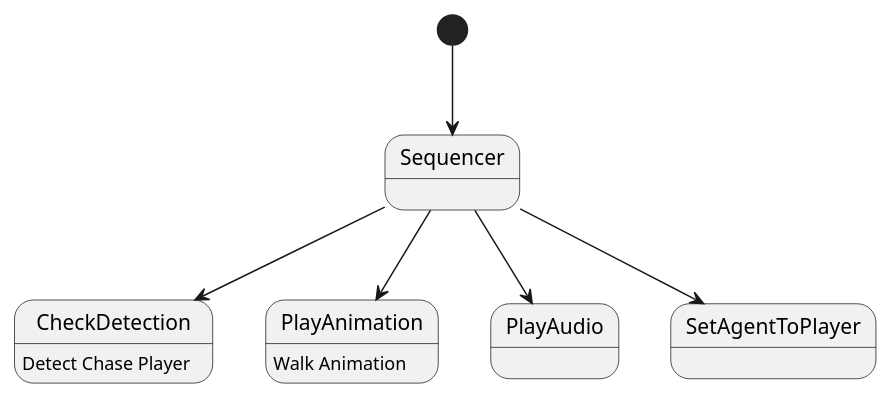
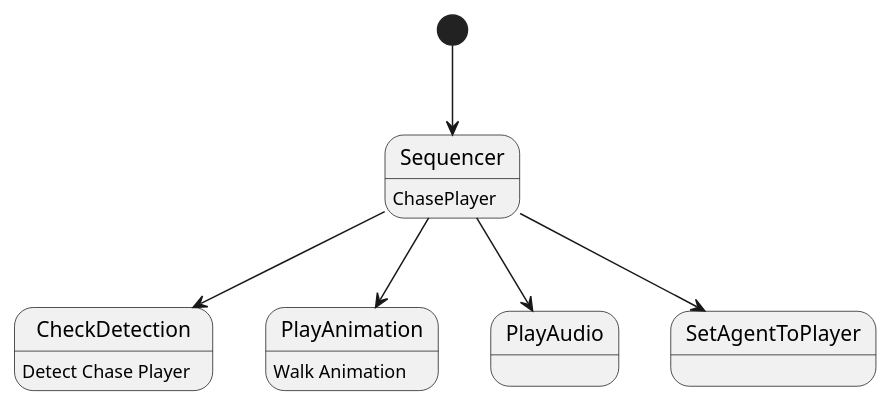
One commit to onedeo/Portfolio changed the diagram in 04. Portfolio/개발문서/BehaviourTree/Movement/ChasePlayer.puml. Above: the diagram before and after it, drawn with PlantUML. The commit also changed 4 other files, not shown here.

```diff
--- a/04. Portfolio/개발문서/BehaviourTree/Movement/ChasePlayer.puml
+++ b/04. Portfolio/개발문서/BehaviourTree/Movement/ChasePlayer.puml
@@ -1,11 +1,12 @@
 @startuml
 
 [*]-->Sequencer
 Sequencer-->CheckDetection
+Sequencer : ChasePlayer
 CheckDetection : Detect Chase Player
 Sequencer-->PlayAnimation
 PlayAnimation : Walk Animation
 Sequencer-->PlayAudio
 Sequencer-->SetAgentToPlayer
 
 @enduml
```
